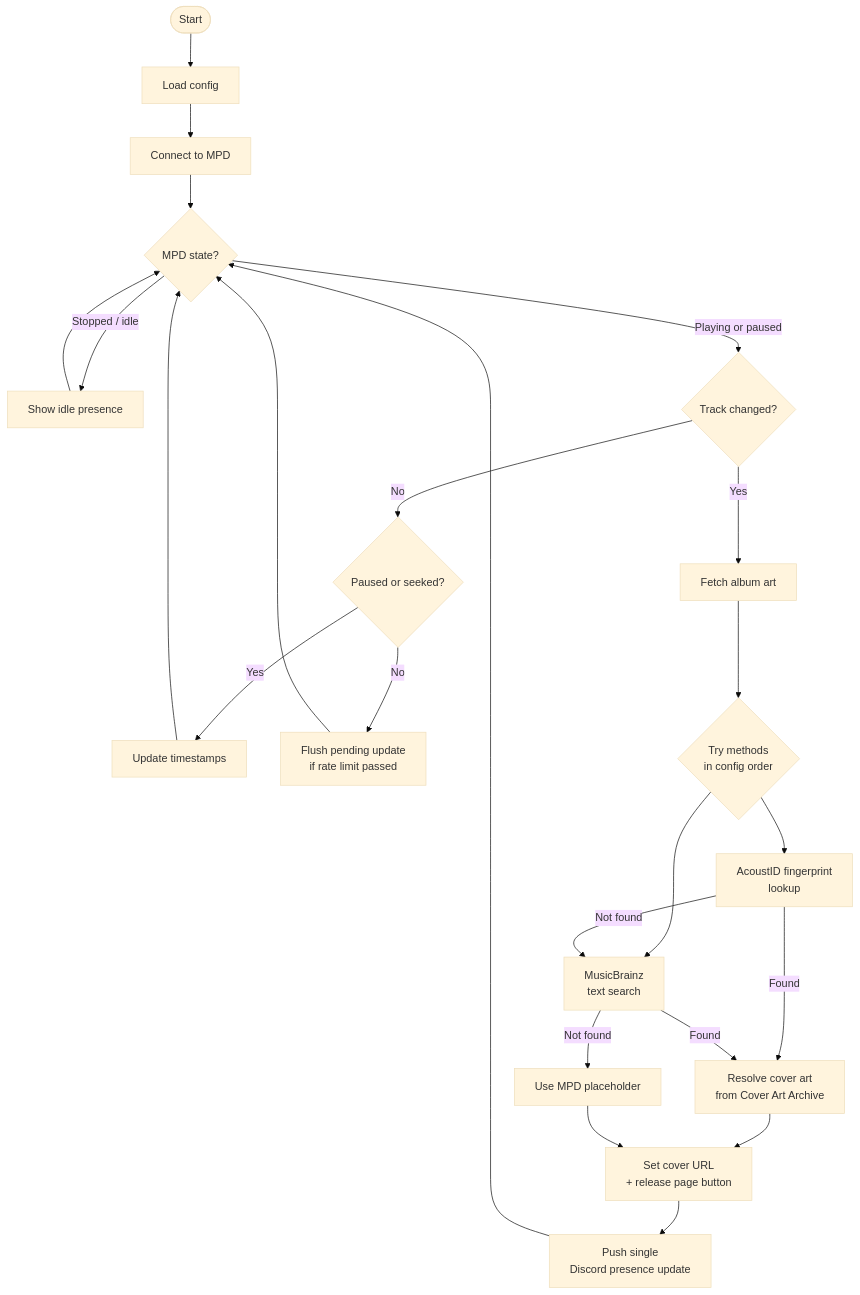
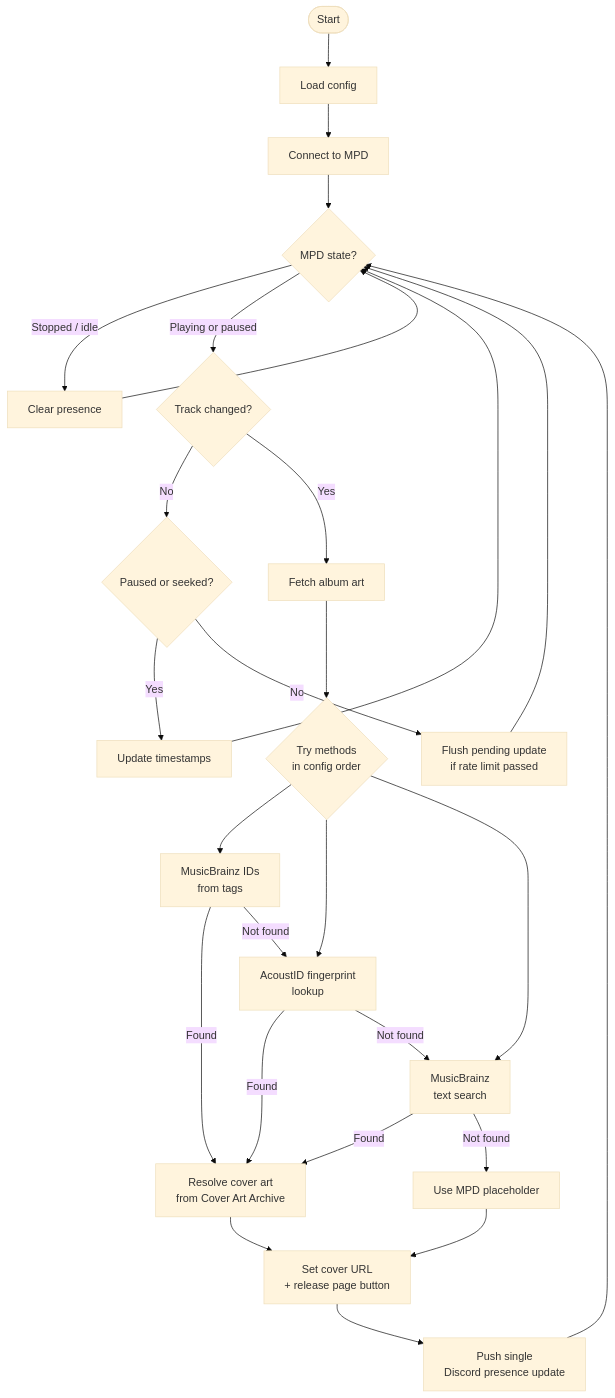
The diagram in README.md (jayng9663/MPD-Presence), drawn with Mermaid (base theme) before and after one commit. The commit also changed other lines of this file, not shown here.

Commit message:
docs: document tag art method, playback icon and button behaviour

````diff
--- a/README.md
+++ b/README.md
@@ -26,34 +27,37 @@
 ```mermaid
 flowchart TD
     A([Start]) --> B[Load config]
     B --> C[Connect to MPD]
     C --> D{MPD state?}
 
-    D -->|Stopped / idle| E[Show idle presence]
+    D -->|Stopped / idle| E[Clear presence]
     E --> D
 
     D -->|Playing or paused| F{Track changed?}
 
     F -->|No| G{Paused or seeked?}
     G -->|Yes| H[Update timestamps]
     G -->|No| I[Flush pending update\nif rate limit passed]
     H --> D
     I --> D
 
     F -->|Yes| J[Fetch album art]
 
     J --> K{Try methods\nin config order}
+    K --> T[MusicBrainz IDs\nfrom tags]
     K --> L[AcoustID fingerprint\nlookup]
     K --> M[MusicBrainz\ntext search]
 
-    L -->|Found| N[Resolve cover art\nfrom Cover Art Archive]
+    T -->|Found| N[Resolve cover art\nfrom Cover Art Archive]
+    L -->|Found| N
     M -->|Found| N
+    T -->|Not found| L
     L -->|Not found| M
     M -->|Not found| O[Use MPD placeholder]
 
     N --> P[Set cover URL\n+ release page button]
     O --> P
 
     P --> Q[Push single\nDiscord presence update]
     Q --> D
 ```
````
